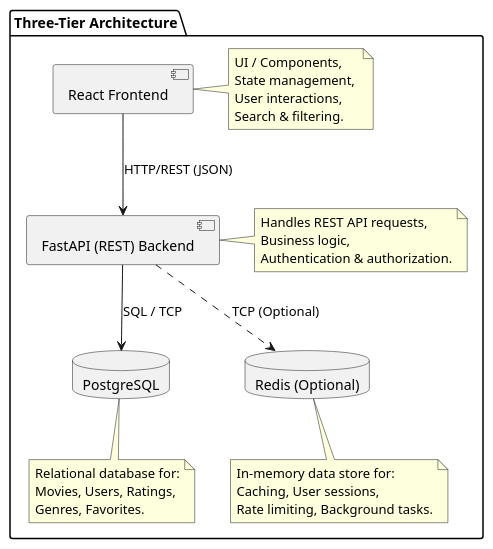
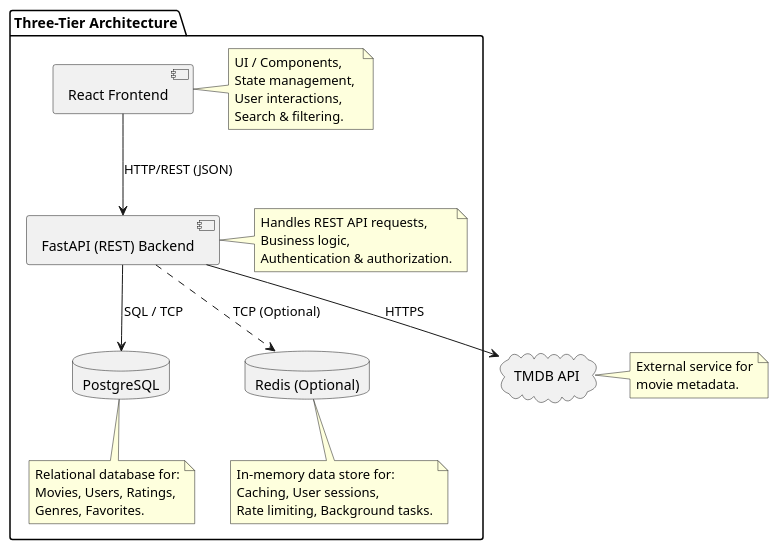
One commit to ukma-fin-ssdm-2026/ctrl-alt-defeat changed the diagram in docs/architecture/uml/component-diagram.puml. Above: the diagram before and after it, drawn with PlantUML.

Commit message:
Add TMDB API component to UML diagram
Added TMDB API component to the UML diagram with a note describing its purpose as an external service for movie metadata.

```diff
--- a/docs/architecture/uml/component-diagram.puml
+++ b/docs/architecture/uml/component-diagram.puml
@@ -1,41 +1,48 @@
 @startuml
 skinparam componentStyle uml2
 
 package "Three-Tier Architecture" {
     
     [React Frontend] as UI
     note right of UI
       UI / Components, 
       State management, 
       User interactions, 
       Search & filtering.
     end note
 
     [FastAPI (REST) Backend] as API
     note right of API
       Handles REST API requests,
       Business logic,
       Authentication & authorization.
     end note
 
     database "PostgreSQL" as DB
     note bottom of DB
       Relational database for:
       Movies, Users, Ratings,
       Genres, Favorites.
     end note
 
     database "Redis (Optional)" as Cache
     note bottom of Cache
       In-memory data store for:
       Caching, User sessions,
       Rate limiting, Background tasks.
     end note
 
 }
 
+cloud "TMDB API" as TMDB
+note right of TMDB
+  External service for
+  movie metadata.
+end note
+
 UI --> API : HTTP/REST (JSON)
 API --> DB : SQL / TCP
 API ..> Cache : TCP (Optional)
+API --> TMDB : HTTPS
 
 @enduml
```
